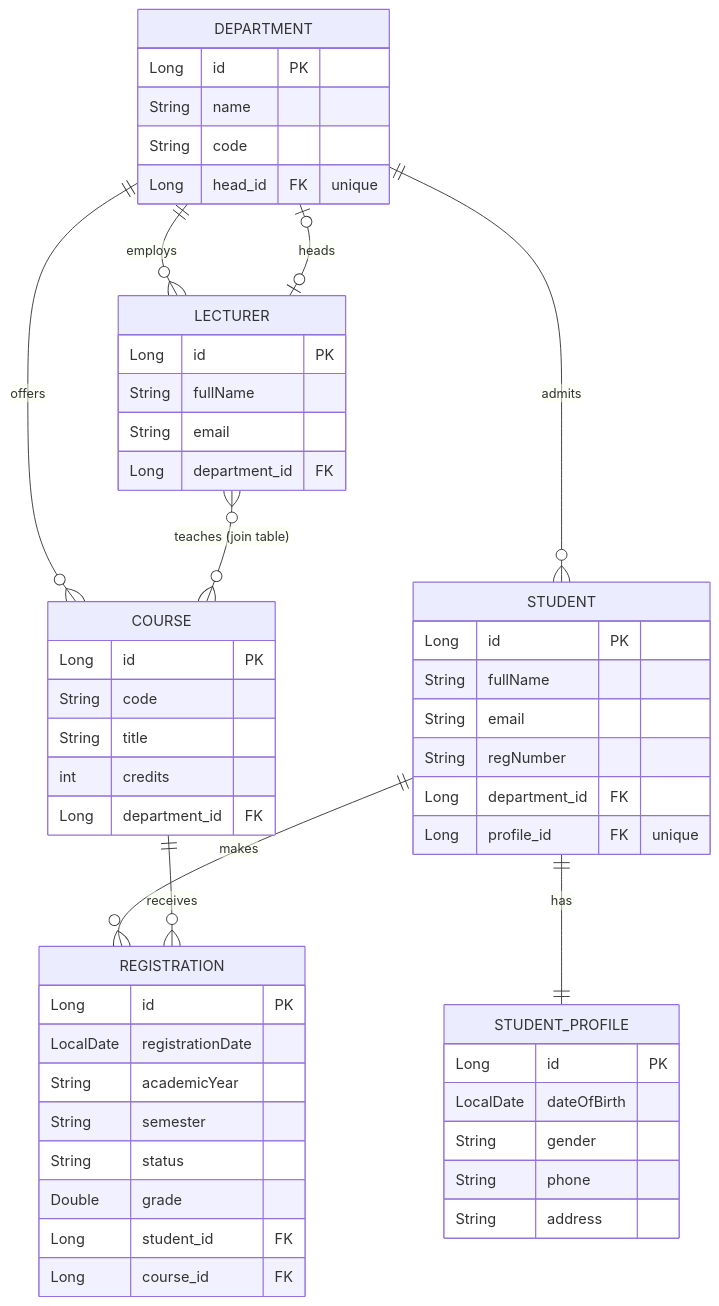
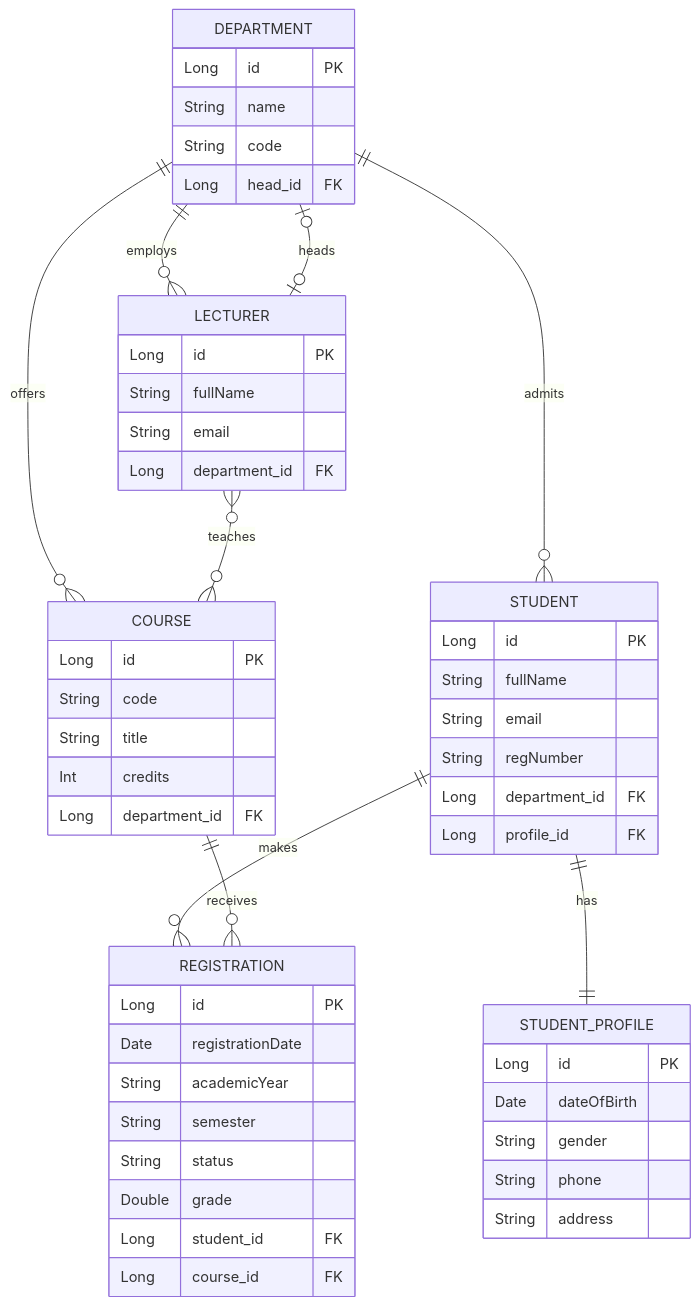
One commit to soniabirori/university-academic-system changed the diagram in docs/02-erd.md. Above: the diagram before and after it, drawn with Mermaid. The commit also changed other lines of this file, not shown here.

Commit message:
Fix ERD diagram

````diff
--- a/docs/02-erd.md
+++ b/docs/02-erd.md
@@ -3,56 +3,56 @@
 ```mermaid
 erDiagram
     DEPARTMENT ||--o{ COURSE : offers
     DEPARTMENT ||--o{ LECTURER : employs
-    LECTURER |o--o| DEPARTMENT : "heads"
+    LECTURER |o--o| DEPARTMENT : heads
     DEPARTMENT ||--o{ STUDENT : admits
     STUDENT ||--|| STUDENT_PROFILE : has
-    LECTURER }o--o{ COURSE : "teaches (join table)"
+    LECTURER }o--o{ COURSE : teaches
     STUDENT ||--o{ REGISTRATION : makes
     COURSE ||--o{ REGISTRATION : receives
 
     DEPARTMENT {
         Long id PK
         String name
         String code
-        Long head_id FK "unique"
+        Long head_id FK
     }
     LECTURER {
         Long id PK
         String fullName
         String email
         Long department_id FK
     }
     STUDENT {
         Long id PK
         String fullName
         String email
         String regNumber
         Long department_id FK
-        Long profile_id FK "unique"
+        Long profile_id FK
     }
     STUDENT_PROFILE {
         Long id PK
-        LocalDate dateOfBirth
+        Date dateOfBirth
         String gender
         String phone
         String address
     }
     COURSE {
         Long id PK
         String code
         String title
-        int credits
+        Int credits
         Long department_id FK
     }
     REGISTRATION {
         Long id PK
-        LocalDate registrationDate
+        Date registrationDate
         String academicYear
         String semester
         String status
         Double grade
         Long student_id FK
         Long course_id FK
     }
 ```
````
